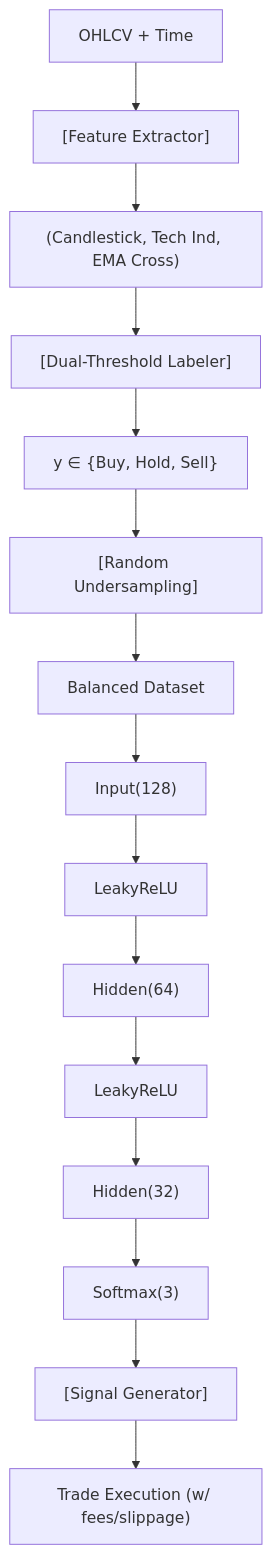
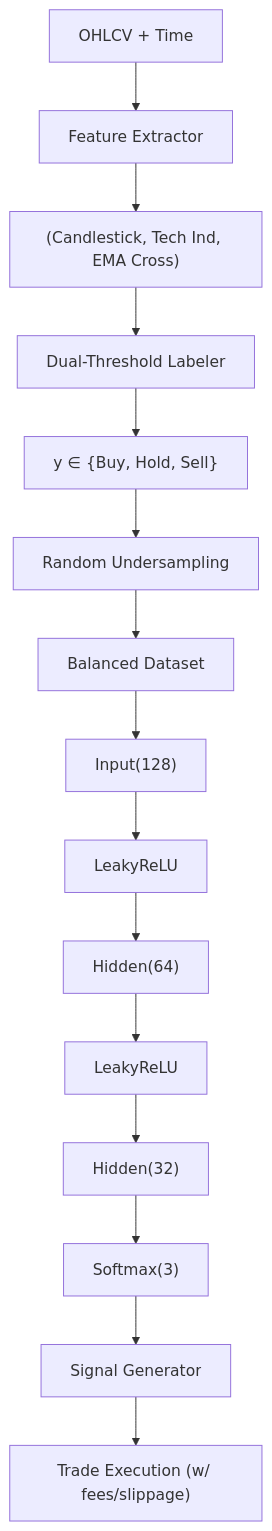
One commit to sou350121/Trading-Handbook changed the diagram in foundations/factor-mining/mlp.md. Above: the diagram before and after it, drawn with Mermaid. The commit also changed 191 other files, not shown here.

First line of the commit message:
render: fix math + mermaid for GitHub across the corpus (188 pages)

````diff
--- a/foundations/factor-mining/mlp.md
+++ b/foundations/factor-mining/mlp.md
@@ -32,17 +32,17 @@
 ```mermaid
 flowchart TD
-    N1["OHLCV + Time"] --> N2["[Feature Extractor]"]
-    N2["[Feature Extractor]"] --> N3["(Candlestick, Tech Ind, EMA Cross)"]
-    N3["(Candlestick, Tech Ind, EMA Cross)"] --> N4["[Dual-Threshold Labeler]"]
-    N4["[Dual-Threshold Labeler]"] --> N5["y ∈ {Buy, Hold, Sell}"]
-    N5["y ∈ {Buy, Hold, Sell}"] --> N6["[Random Undersampling]"]
-    N6["[Random Undersampling]"] --> N7["Balanced Dataset"]
+    N1["OHLCV + Time"] --> N2["Feature Extractor"]
+    N2["Feature Extractor"] --> N3["(Candlestick, Tech Ind, EMA Cross)"]
+    N3["(Candlestick, Tech Ind, EMA Cross)"] --> N4["Dual-Threshold Labeler"]
+    N4["Dual-Threshold Labeler"] --> N5["y ∈ {Buy, Hold, Sell}"]
+    N5["y ∈ {Buy, Hold, Sell}"] --> N6["Random Undersampling"]
+    N6["Random Undersampling"] --> N7["Balanced Dataset"]
     N7["Balanced Dataset"] --> N8["Input(128)"]
     N8["Input(128)"] --> N9["LeakyReLU"]
     N9["LeakyReLU"] --> N10["Hidden(64)"]
     N10["Hidden(64)"] --> N11["LeakyReLU"]
     N11["LeakyReLU"] --> N12["Hidden(32)"]
     N12["Hidden(32)"] --> N13["Softmax(3)"]
-    N13["Softmax(3)"] --> N14["[Signal Generator]"]
-    N14["[Signal Generator]"] --> N15["Trade Execution (w/ fees/slippage)"]
+    N13["Softmax(3)"] --> N14["Signal Generator"]
+    N14["Signal Generator"] --> N15["Trade Execution (w/ fees/slippage)"]
 ```
````
